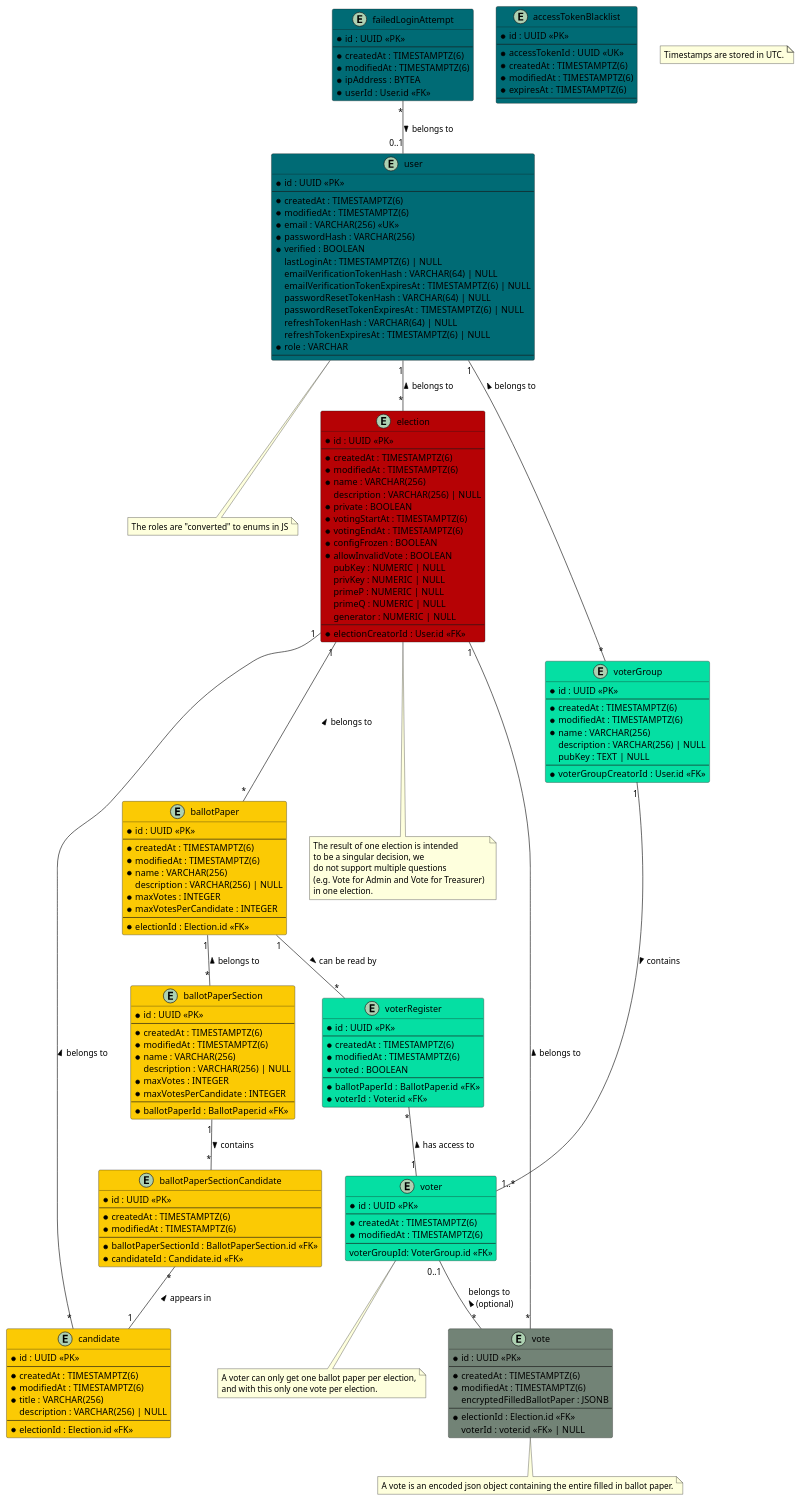
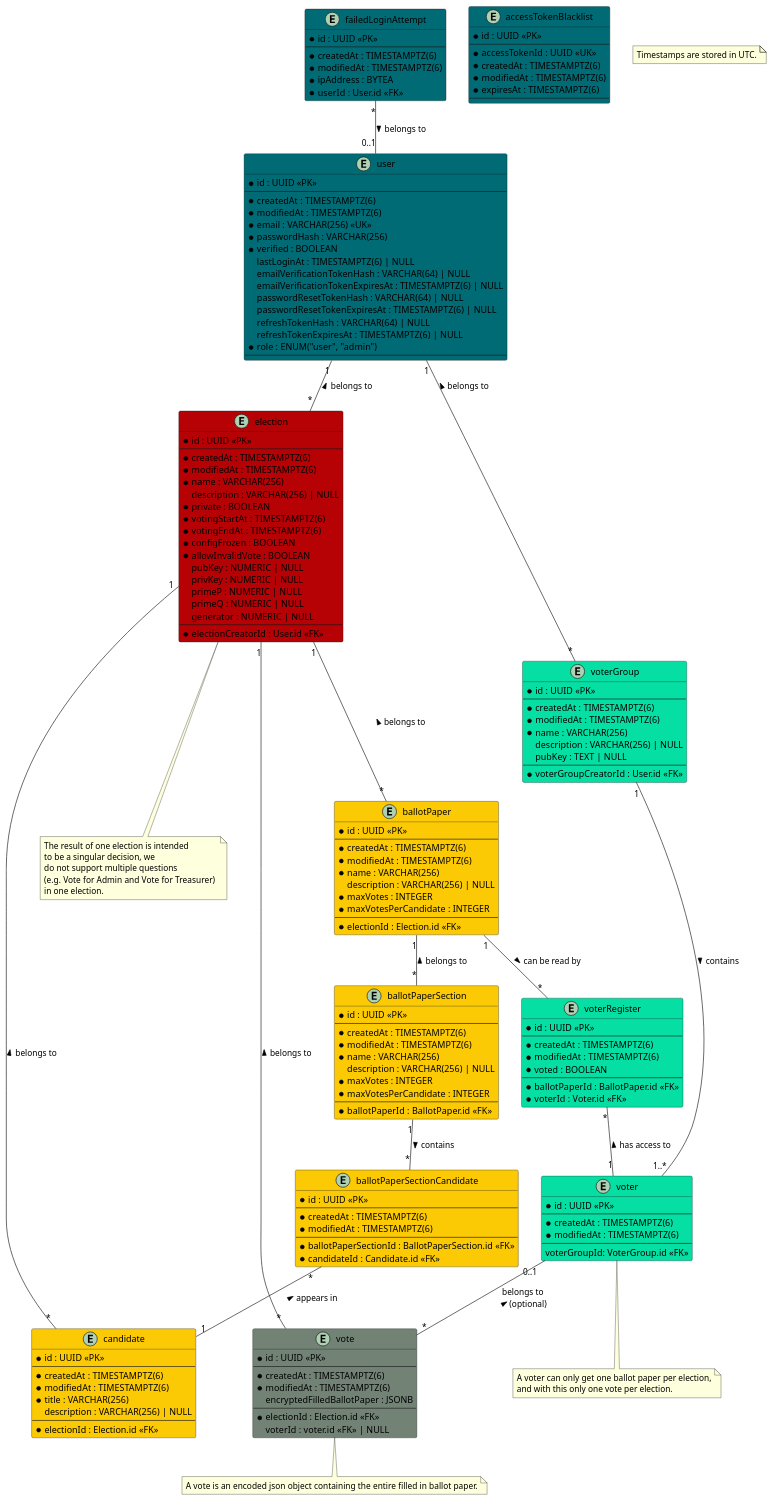
Before and after one commit to SE-UUlm/votura: the diagram in apps/docs/static/uml/dataModel.puml, drawn with PlantUML. The commit also changed 2 other files, not shown here.

Commit message:
456: Create user role as enum type in db

```diff
--- a/apps/docs/static/uml/dataModel.puml
+++ b/apps/docs/static/uml/dataModel.puml
@@ -15,13 +15,9 @@
     passwordResetTokenExpiresAt : TIMESTAMPTZ(6) | NULL
     refreshTokenHash : VARCHAR(64) | NULL
     refreshTokenExpiresAt : TIMESTAMPTZ(6) | NULL
-    * role : VARCHAR
+    * role : ENUM("user", "admin")
     --
 }
-
-note as N5
-The roles are "converted" to enums in JS
-end note
 
 entity "accessTokenBlacklist" as jwtBlacklist #006b75 {
     ' this table is used to store blacklisted access tokens
@@ -197,6 +193,5 @@
 voters -- N3
 votes -- N4
 failedLoginAttempt "*"--"0..1" user : belongs to >
-user -- N5
 
 @enduml
```
